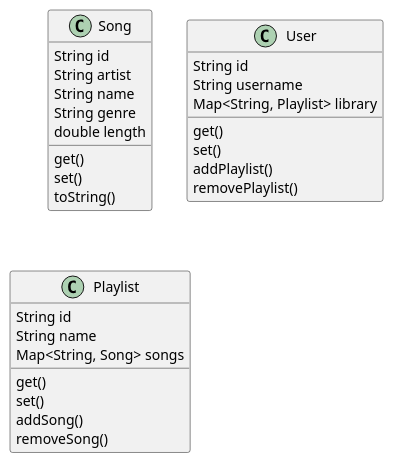
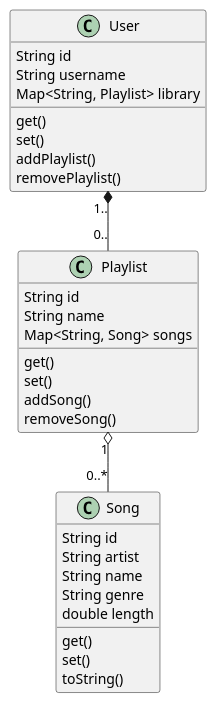
One commit to juanse217/Music-Project changed the diagram in src/main/resources/musicProject.puml. Above: the diagram before and after it, drawn with PlantUML.

Commit message:
refactor: updated UML to show the relationships

```diff
--- a/src/main/resources/musicProject.puml
+++ b/src/main/resources/musicProject.puml
@@ -1,33 +1,33 @@
 @startuml musicProject
 
 class Song{
     String id
     String artist
     String name
     String genre
     double length
     get()
     set()
     toString()
 }
-
+User "1.." *-- "0.." Playlist
 class User{
     String id 
     String username
     Map<String, Playlist> library
     get()
     set()
     addPlaylist()
     removePlaylist()
 }
-
+Playlist "1" o-- "0..*" Song
 class Playlist{
     String id
     String name
     Map<String, Song> songs
     get()
     set()
     addSong()
     removeSong()
 }
 @enduml
```
